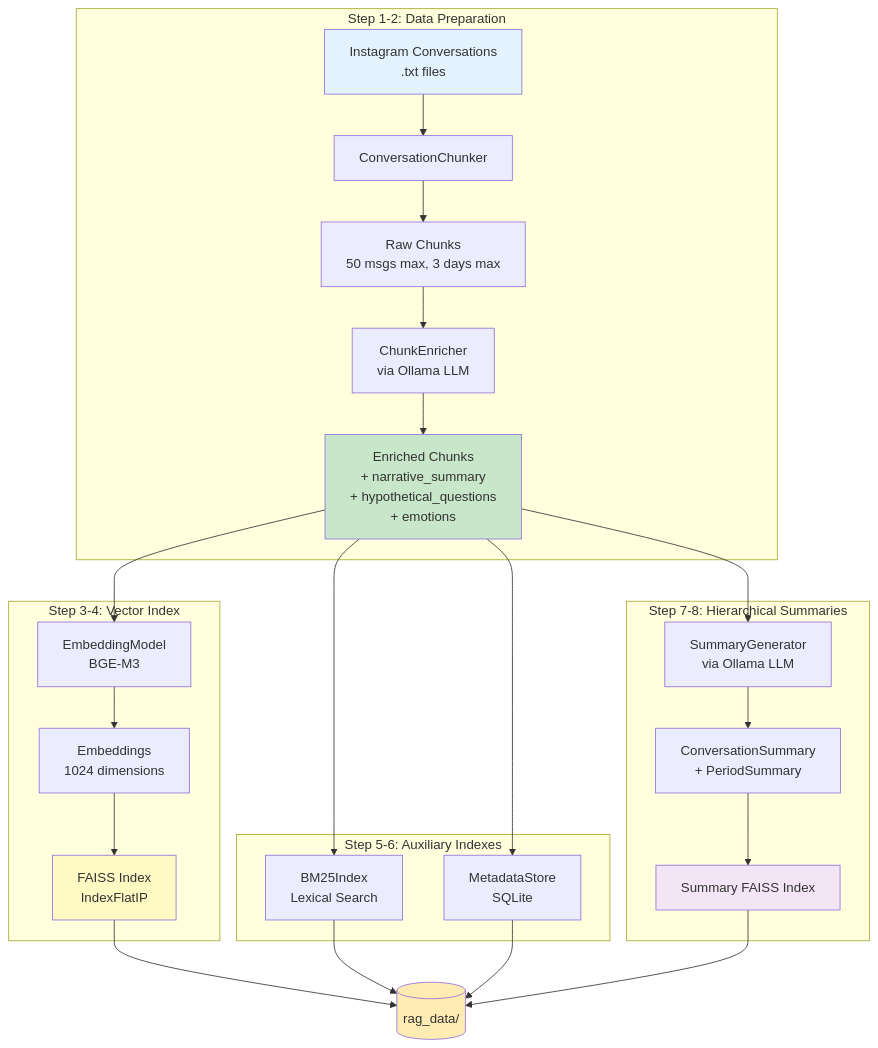
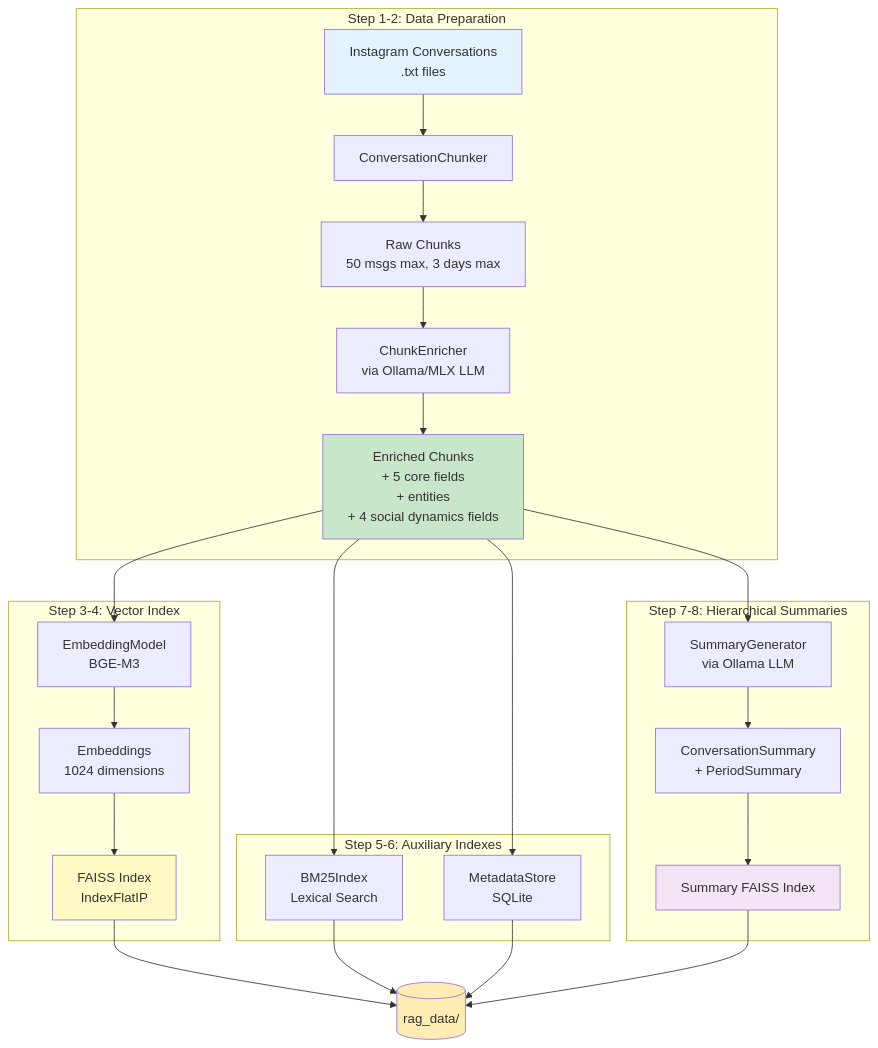
One commit to Hillsrion/instagram-assistant changed the fourth of 6 diagrams in docs/FEATURES.md. Above: the diagram before and after it, drawn with Mermaid. The commit also changed other lines of this file, not shown here.

````diff
--- a/docs/FEATURES.md
+++ b/docs/FEATURES.md
@@ -818,37 +935,37 @@
 ```mermaid
 flowchart TB
     subgraph "Step 1-2: Data Preparation"
         A[Instagram Conversations<br/>.txt files] --> B[ConversationChunker]
         B --> C[Raw Chunks<br/>50 msgs max, 3 days max]
-        C --> D[ChunkEnricher<br/>via Ollama LLM]
-        D --> E[Enriched Chunks<br/>+ narrative_summary<br/>+ hypothetical_questions<br/>+ emotions]
+        C --> D[ChunkEnricher<br/>via Ollama/MLX LLM]
+        D --> E[Enriched Chunks<br/>+ 5 core fields<br/>+ entities<br/>+ 4 social dynamics fields]
     end
 
     subgraph "Step 3-4: Vector Index"
         E --> F[EmbeddingModel<br/>BGE-M3]
         F --> G[Embeddings<br/>1024 dimensions]
         G --> H[FAISS Index<br/>IndexFlatIP]
     end
 
     subgraph "Step 5-6: Auxiliary Indexes"
         E --> I[BM25Index<br/>Lexical Search]
         E --> J[MetadataStore<br/>SQLite]
     end
 
     subgraph "Step 7-8: Hierarchical Summaries"
         E --> K[SummaryGenerator<br/>via Ollama LLM]
         K --> L[ConversationSummary<br/>+ PeriodSummary]
         L --> M[Summary FAISS Index]
     end
 
     H --> N[(rag_data/)]
     I --> N
     J --> N
     M --> N
 
     style A fill:#e3f2fd
     style E fill:#c8e6c9
     style H fill:#fff9c4
     style M fill:#f3e5f5
     style N fill:#ffecb3
 ```
````
